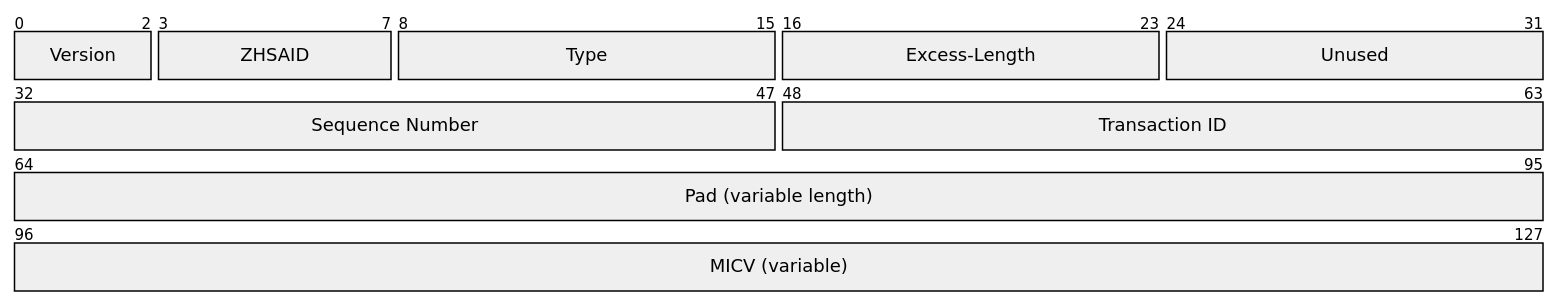
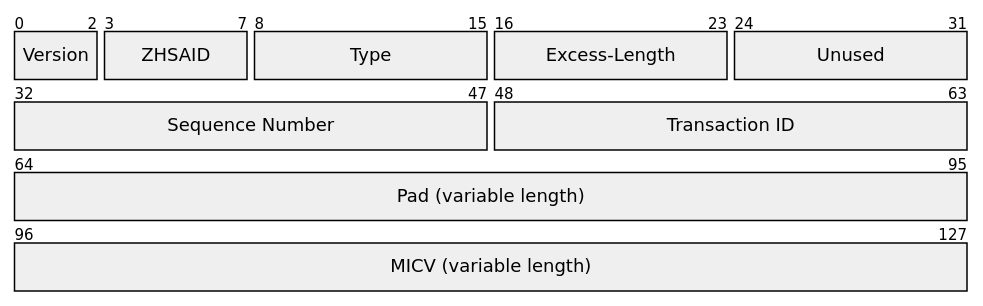
Diagram 15 of 44 in src/17-ZPR-Data-Protocol/body.md (org-zpr/zpr-rfcs), drawn with Mermaid before and after one commit. The commit also changed other lines of this file, not shown here.

Commit message:
Make packet diagrams a readable size

````diff
--- a/src/17-ZPR-Data-Protocol/body.md
+++ b/src/17-ZPR-Data-Protocol/body.md
@@ -2618,13 +2652,19 @@
 ``` mermaid
+---
+config:
+  themeCSS: ".packetLabel { font-size: 14px } .packetByte { font-size: 11px }"
+  packet:
+    bitWidth: 20
+---
 %%| fig-cap: Hello Request Message Data
 packet
 +3: "Version"
 +5: "ZHSAID"
 +8: "Type"
 +8: "Excess-Length"
 +8: "Unused"
 +16: "Sequence Number"
 +16: "Transaction ID"
 +32: "Pad (variable length)"
-+32: "MICV (variable)"
++32: "MICV (variable length)"
 ```
````
